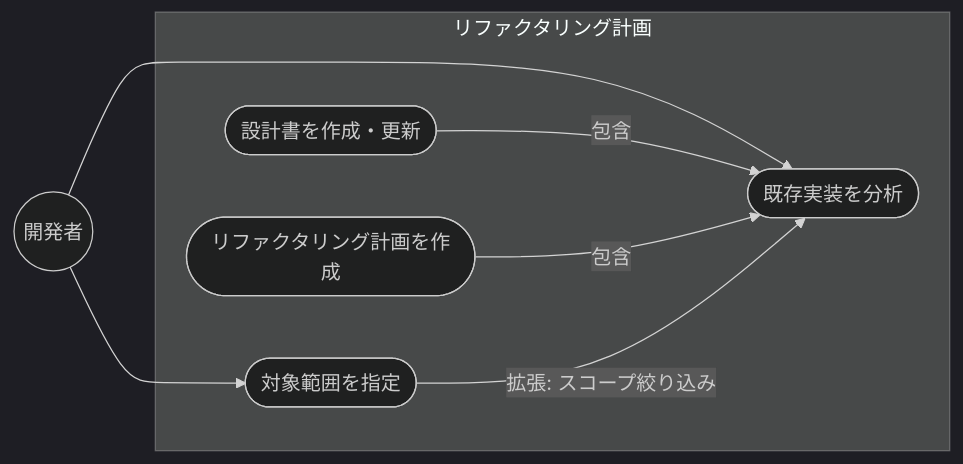
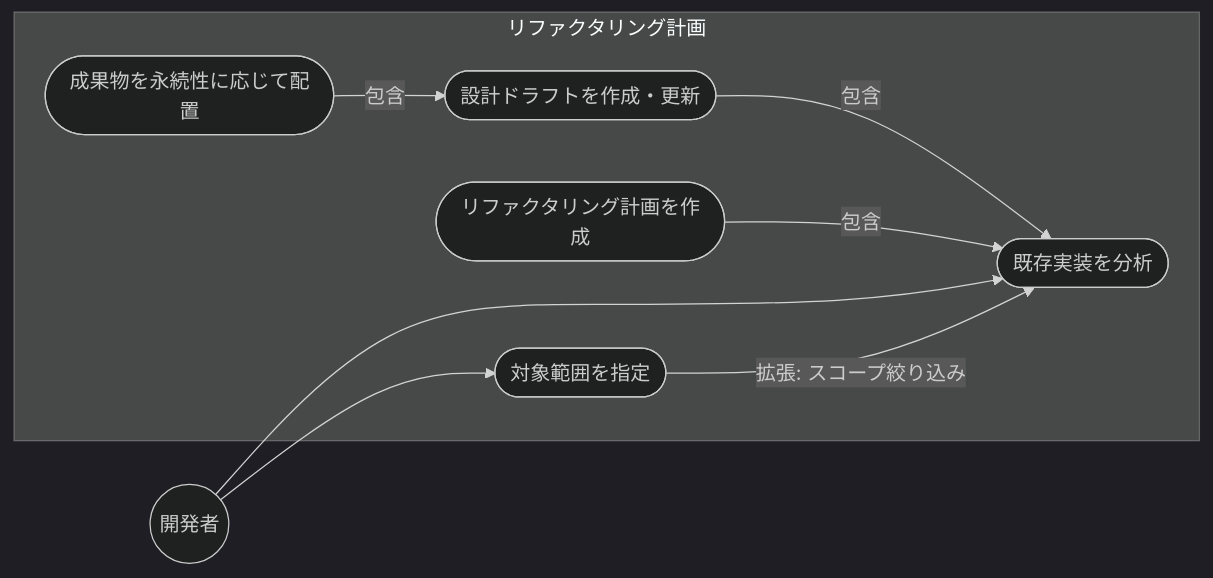
Before and after one commit to ToshikiImagawa/ai-sdd-workflow-dev: the first of 2 diagrams in .sdd/specification/spec-design/plan-refactor_spec.md, drawn with Mermaid. The commit also changed other lines of this file and 20 other files, not shown here.

````diff
--- a/.sdd/specification/spec-design/plan-refactor_spec.md
+++ b/.sdd/specification/spec-design/plan-refactor_spec.md
@@ -125,18 +139,20 @@
 ```mermaid
 %%{init: {'theme': 'dark'}}%%
 flowchart LR
     Developer((開発者))
 
     subgraph PlanRefactor["リファクタリング計画"]
         AnalyzeImpl([既存実装を分析])
-        CreateDesign([設計書を作成・更新])
+        CreateDraft([設計ドラフトを作成・更新])
         CreatePlan([リファクタリング計画を作成])
         SpecifyScope([対象範囲を指定])
+        PlaceArtifacts([成果物を永続性に応じて配置])
     end
 
     Developer --> AnalyzeImpl
     Developer --> SpecifyScope
-    CreateDesign -->|包含| AnalyzeImpl
+    CreateDraft -->|包含| AnalyzeImpl
     CreatePlan -->|包含| AnalyzeImpl
     SpecifyScope -->|拡張: スコープ絞り込み| AnalyzeImpl
+    PlaceArtifacts -->|包含| CreateDraft
 ```
````
